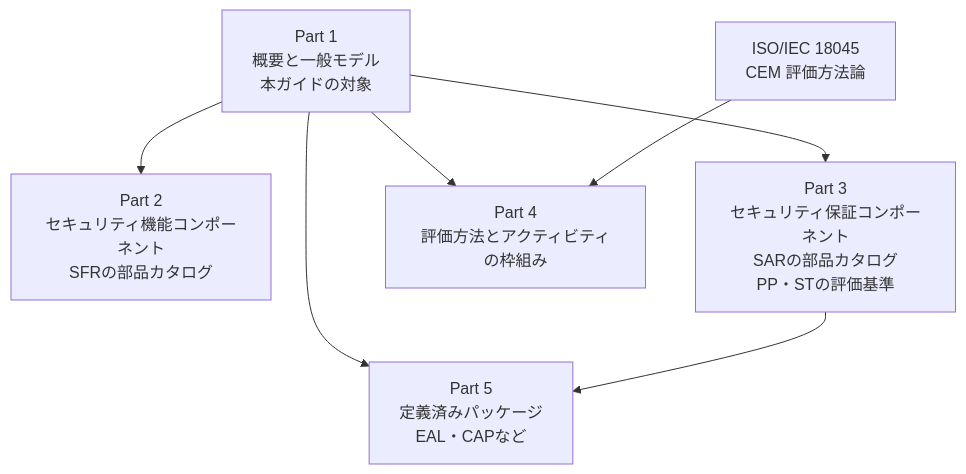
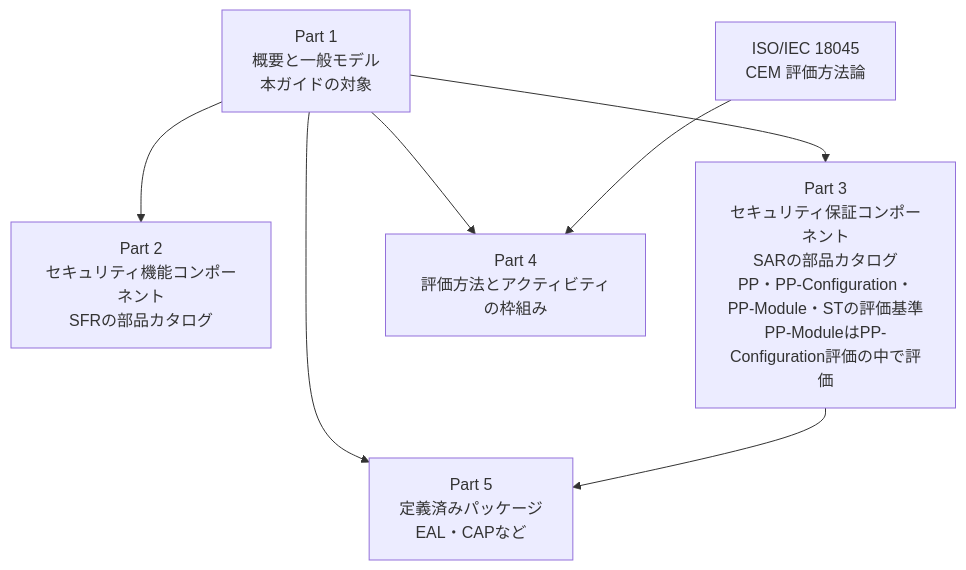
One commit to myoshi2891/Security_Studies changed the third of 17 diagrams in Iso-15408-1-2026-guide.md. Above: the diagram before and after it, drawn with Mermaid. The commit also changed other lines of this file, not shown here.

Commit message:
docs(iso): clarify Part 3 evaluation scope for PP-Modules in ISO 15408-1 guide

````diff
--- a/Iso-15408-1-2026-guide.md
+++ b/Iso-15408-1-2026-guide.md
@@ -132,15 +132,15 @@
 ```mermaid
 flowchart TB
     P1["Part 1<br/>概要と一般モデル<br/>本ガイドの対象"]
     P2["Part 2<br/>セキュリティ機能コンポーネント<br/>SFRの部品カタログ"]
-    P3["Part 3<br/>セキュリティ保証コンポーネント<br/>SARの部品カタログ<br/>PP・STの評価基準"]
+    P3["Part 3<br/>セキュリティ保証コンポーネント<br/>SARの部品カタログ<br/>PP・PP-Configuration・PP-Module・STの評価基準<br/>PP-ModuleはPP-Configuration評価の中で評価"]
     P4["Part 4<br/>評価方法とアクティビティの枠組み"]
     P5["Part 5<br/>定義済みパッケージ<br/>EAL・CAPなど"]
     CEM["ISO/IEC 18045<br/>CEM 評価方法論"]
     P1 --> P2
     P1 --> P3
     P1 --> P4
     P1 --> P5
     CEM --> P4
     P3 --> P5
 ```
````
